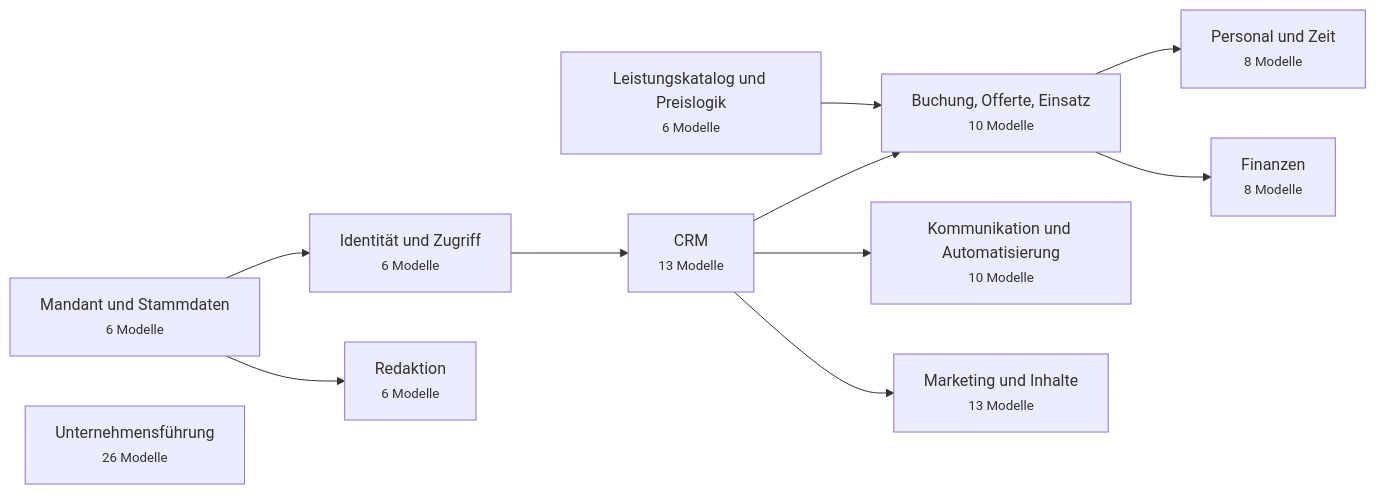
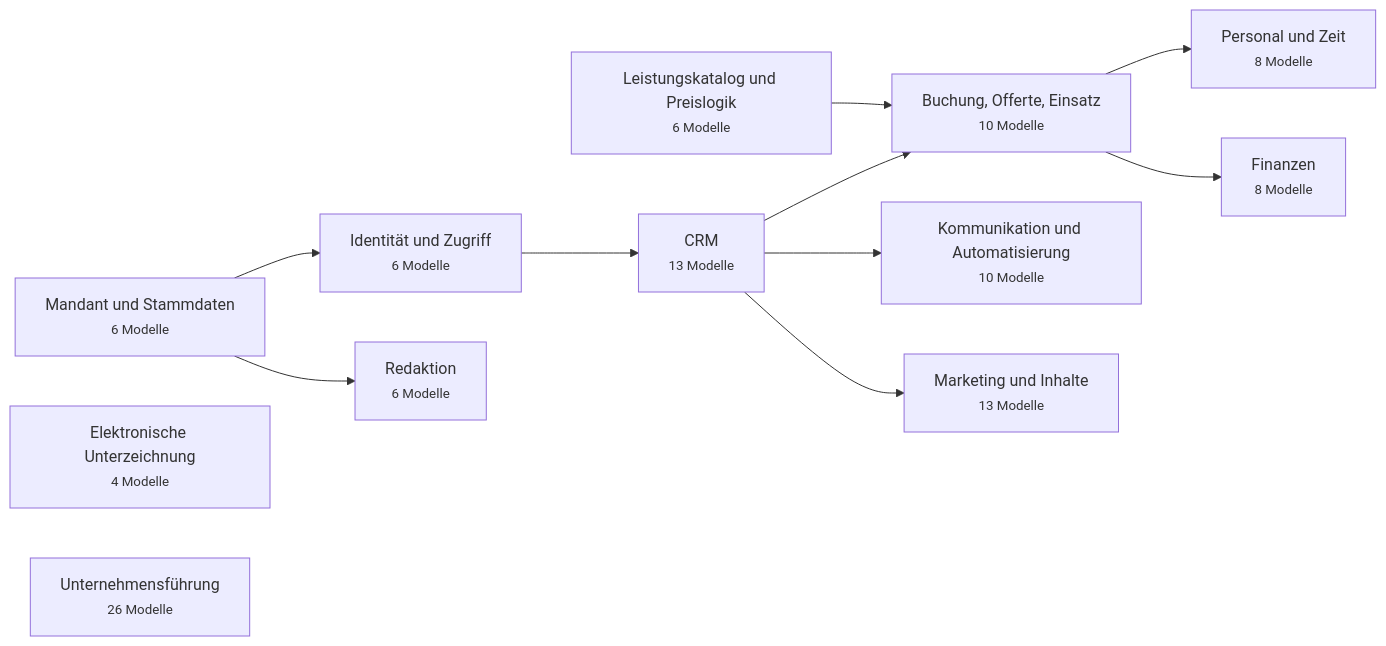
The first of 13 diagrams in docs/DATABASE.md (javadqasemi/Clenaris), drawn with Mermaid before and after one commit. The commit also changed other lines of this file and 64 other files, not shown here.

````diff
--- a/docs/DATABASE.md
+++ b/docs/DATABASE.md
@@ -36,23 +36,24 @@
 ```mermaid
 flowchart LR
   stammdaten["Mandant und Stammdaten<br/><small>6 Modelle</small>"]
   identitaet["Identität und Zugriff<br/><small>6 Modelle</small>"]
+  signatur["Elektronische Unterzeichnung<br/><small>4 Modelle</small>"]
   crm["CRM<br/><small>13 Modelle</small>"]
   katalog["Leistungskatalog und Preislogik<br/><small>6 Modelle</small>"]
   auftrag["Buchung, Offerte, Einsatz<br/><small>10 Modelle</small>"]
   personal["Personal und Zeit<br/><small>8 Modelle</small>"]
   finanzen["Finanzen<br/><small>8 Modelle</small>"]
   kommunikation["Kommunikation und Automatisierung<br/><small>10 Modelle</small>"]
   marketing["Marketing und Inhalte<br/><small>13 Modelle</small>"]
   redaktion["Redaktion<br/><small>6 Modelle</small>"]
   fuehrung["Unternehmensführung<br/><small>26 Modelle</small>"]
   stammdaten --> identitaet
   identitaet --> crm
   crm --> auftrag
   katalog --> auftrag
   auftrag --> personal
   auftrag --> finanzen
   crm --> kommunikation
   crm --> marketing
   stammdaten --> redaktion
 ```
````
